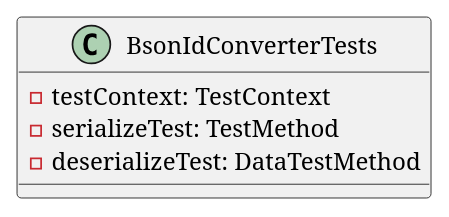
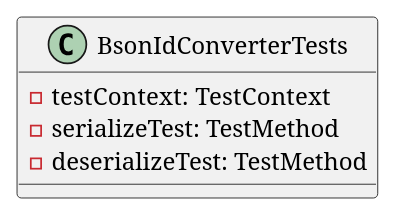
The fourth of 9 diagrams in docs/generated/Framework/OoBDev.System.Tests/Text/Json/Documentation.md (OutOfBandDevelopment/dotex), drawn with PlantUML before and after one commit. The commit also changed other lines of this file and 97 other files, not shown here.

````diff
--- a/docs/generated/Framework/OoBDev.System.Tests/Text/Json/Documentation.md
+++ b/docs/generated/Framework/OoBDev.System.Tests/Text/Json/Documentation.md
@@ -77,9 +77,9 @@
 ```plantuml
 @startuml
 class BsonIdConverterTests {
   - testContext: TestContext
   - serializeTest: TestMethod
-  - deserializeTest: DataTestMethod
+  - deserializeTest: TestMethod
 }
 @enduml
 ```
````
